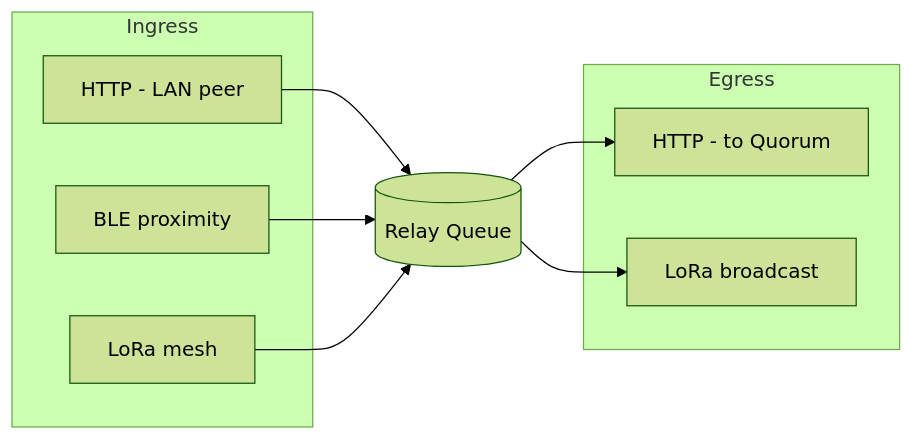
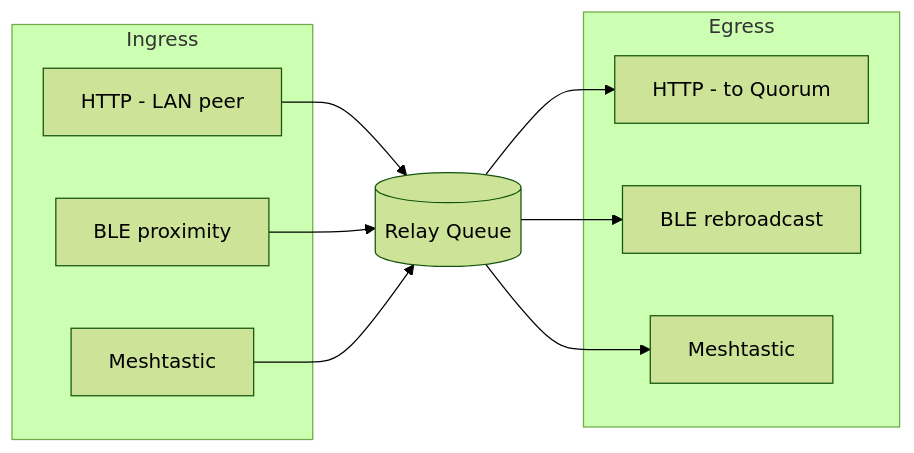
The fourth of 5 diagrams in WHITEPAPER.md (leon0399/ember), drawn with Mermaid (forest theme) before and after one commit. The commit also changed other lines of this file and 1 other file, not shown here.

First line of the commit message:
docs: clarify BLE egress and Meshtastic bridge model

````diff
--- a/WHITEPAPER.md
+++ b/WHITEPAPER.md
@@ -549,21 +550,23 @@
 ```mermaid
 flowchart LR
     subgraph Ingress
         HTTP_IN[HTTP - LAN peer]
         BLE_IN[BLE proximity]
-        LORA_IN[LoRa mesh]
+        MESH_IN[Meshtastic]
     end
 
     Q[(Relay Queue)]
 
     subgraph Egress
         HTTP_OUT[HTTP - to Quorum]
-        LORA_OUT[LoRa broadcast]
+        BLE_OUT[BLE rebroadcast]
+        MESH_OUT[Meshtastic]
     end
 
     HTTP_IN --> Q
     BLE_IN --> Q
-    LORA_IN --> Q
+    MESH_IN --> Q
     Q --> HTTP_OUT
-    Q --> LORA_OUT
+    Q --> BLE_OUT
+    Q --> MESH_OUT
 ```
````
